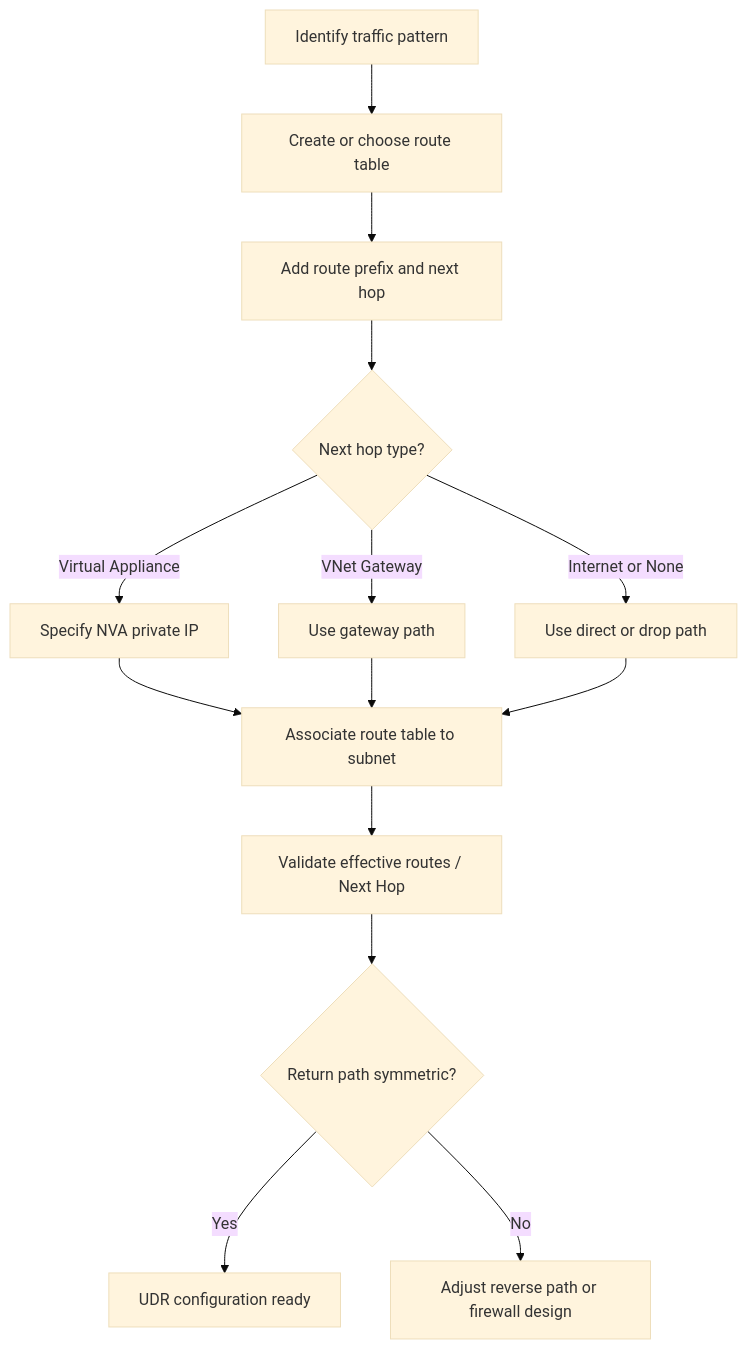
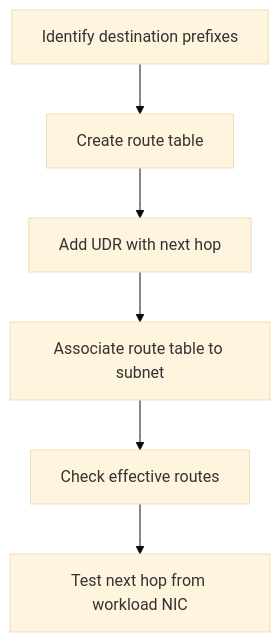
One commit to yeongseon/azure-networking-practical-guide changed the diagram in docs/operations/configure-udr.md. Above: the diagram before and after it, drawn with Mermaid (base theme). The commit also changed other lines of this file and 10 other files, not shown here.

````diff
--- a/docs/operations/configure-udr.md
+++ b/docs/operations/configure-udr.md
@@ -27,16 +43,8 @@
 ```mermaid
 flowchart TD
-    A[Identify traffic pattern] --> B[Create or choose route table]
-    B --> C[Add route prefix and next hop]
-    C --> D{Next hop type?}
-    D -->|Virtual Appliance| E[Specify NVA private IP]
-    D -->|VNet Gateway| F[Use gateway path]
-    D -->|Internet or None| G[Use direct or drop path]
-    E --> H[Associate route table to subnet]
-    F --> H
-    G --> H
-    H --> I[Validate effective routes / Next Hop]
-    I --> J{Return path symmetric?}
-    J -->|Yes| K[UDR configuration ready]
-    J -->|No| L[Adjust reverse path or firewall design]
+    A[Identify destination prefixes] --> B[Create route table]
+    B --> C[Add UDR with next hop]
+    C --> D[Associate route table to subnet]
+    D --> E[Check effective routes]
+    E --> F[Test next hop from workload NIC]
 ```
````
